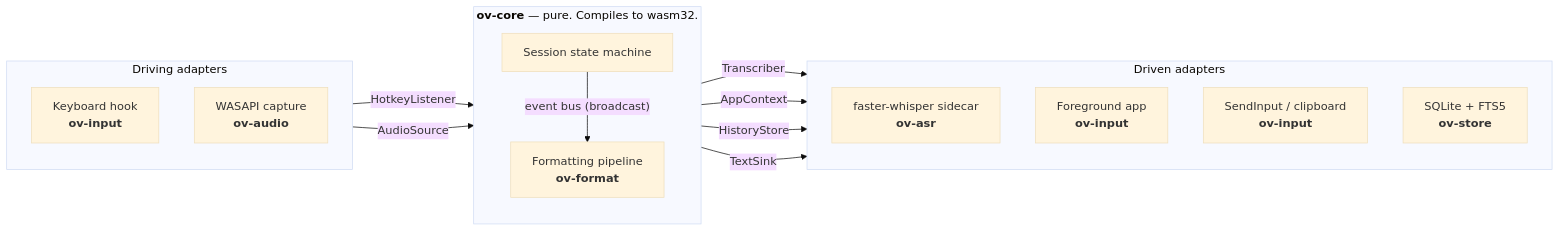
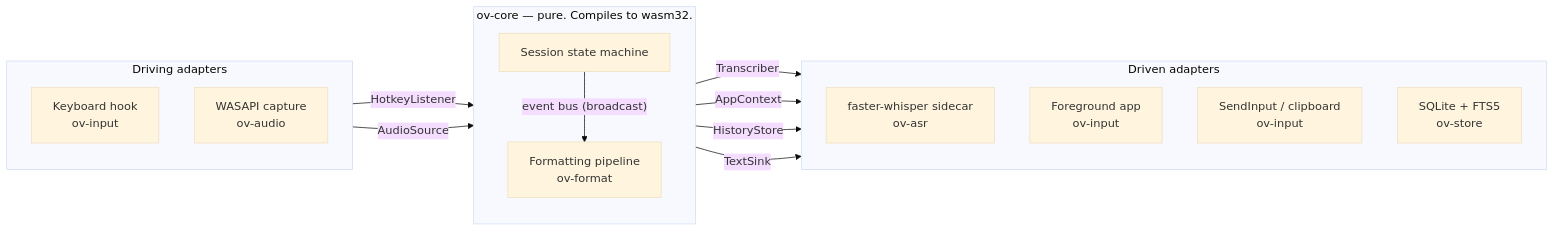
The first of 2 diagrams in docs/ARCHITECTURE.md (adityashelke04/OpenVoice), drawn with Mermaid (base theme) before and after one commit. The commit also changed 1 other file, not shown here.

Commit message:
docs: keep the diagram labels out of Mermaid's HTML mode
`<b>` inside a Mermaid node label only renders as bold when `htmlLabels` is on.
GitHub does not guarantee it, and the failure is not a plain label -- it is the
literal characters `<b>` drawn into the box. Bold was decoration here; the label
reads the same without it, and now it reads the same either way.

`&mdash;` goes the same way, replaced by the character itself.

````diff
--- a/docs/ARCHITECTURE.md
+++ b/docs/ARCHITECTURE.md
@@ -86,30 +86,30 @@
 ```mermaid
 flowchart LR
     subgraph driving["Driving adapters"]
         direction TB
-        HK["Keyboard hook<br/><b>ov-input</b>"]
-        MIC["WASAPI capture<br/><b>ov-audio</b>"]
+        HK["Keyboard hook<br/>ov-input"]
+        MIC["WASAPI capture<br/>ov-audio"]
     end
 
-    subgraph core["<b>ov-core</b> &mdash; pure. Compiles to wasm32."]
+    subgraph core["ov-core — pure. Compiles to wasm32."]
         direction TB
         SM["Session state machine"]
-        FMT["Formatting pipeline<br/><b>ov-format</b>"]
+        FMT["Formatting pipeline<br/>ov-format"]
         SM -- "event bus (broadcast)" --> FMT
     end
 
     subgraph driven["Driven adapters"]
         direction TB
-        ASR["faster-whisper sidecar<br/><b>ov-asr</b>"]
-        APP["Foreground app<br/><b>ov-input</b>"]
-        SINK["SendInput / clipboard<br/><b>ov-input</b>"]
-        DB["SQLite + FTS5<br/><b>ov-store</b>"]
+        ASR["faster-whisper sidecar<br/>ov-asr"]
+        APP["Foreground app<br/>ov-input"]
+        SINK["SendInput / clipboard<br/>ov-input"]
+        DB["SQLite + FTS5<br/>ov-store"]
     end
 
     HK   -- "HotkeyListener" --> SM
     MIC  -- "AudioSource"    --> SM
     SM   -- "Transcriber"    --> ASR
     SM   -- "AppContext"     --> APP
     SM   -- "HistoryStore"   --> DB
     FMT  -- "TextSink"       --> SINK
 ```
````
